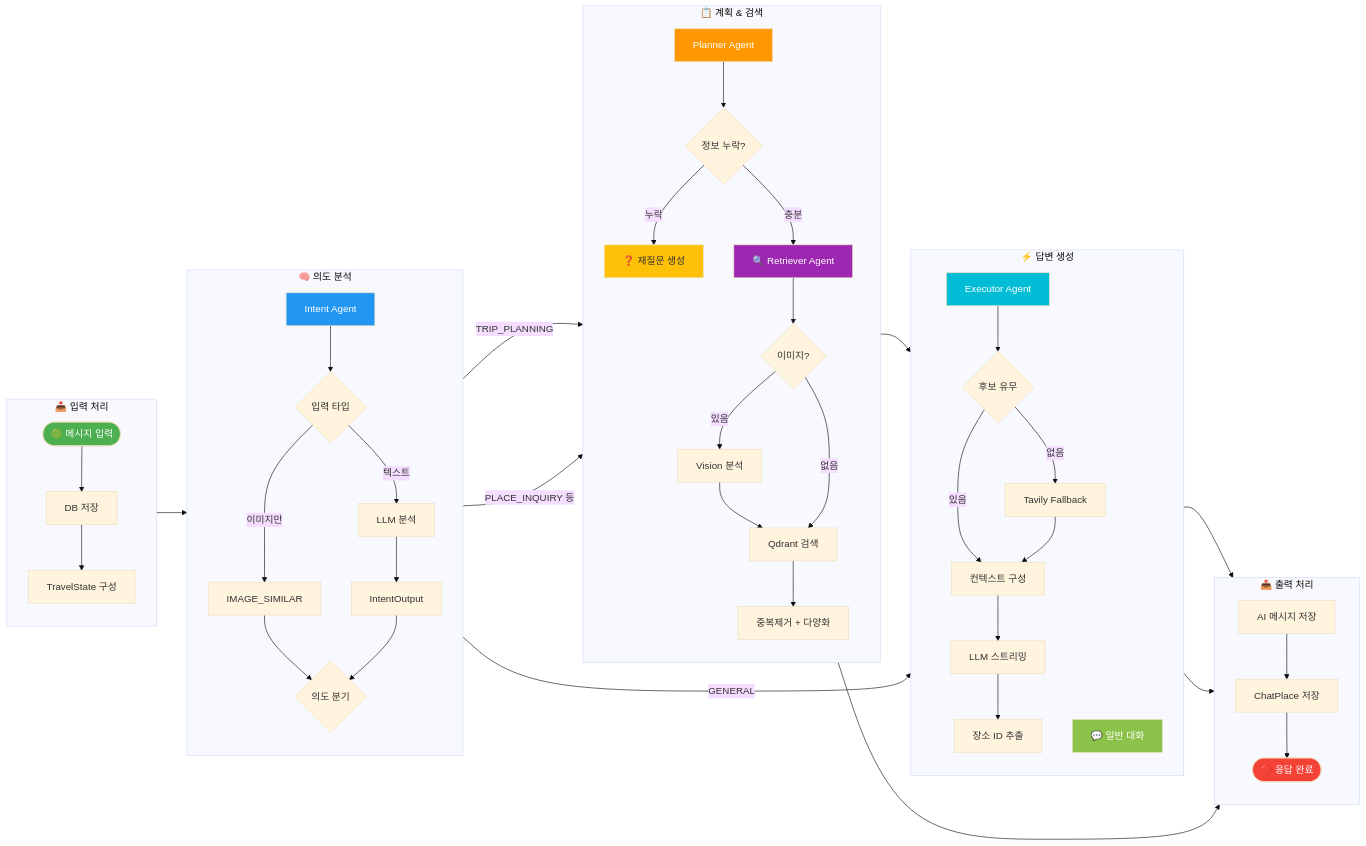
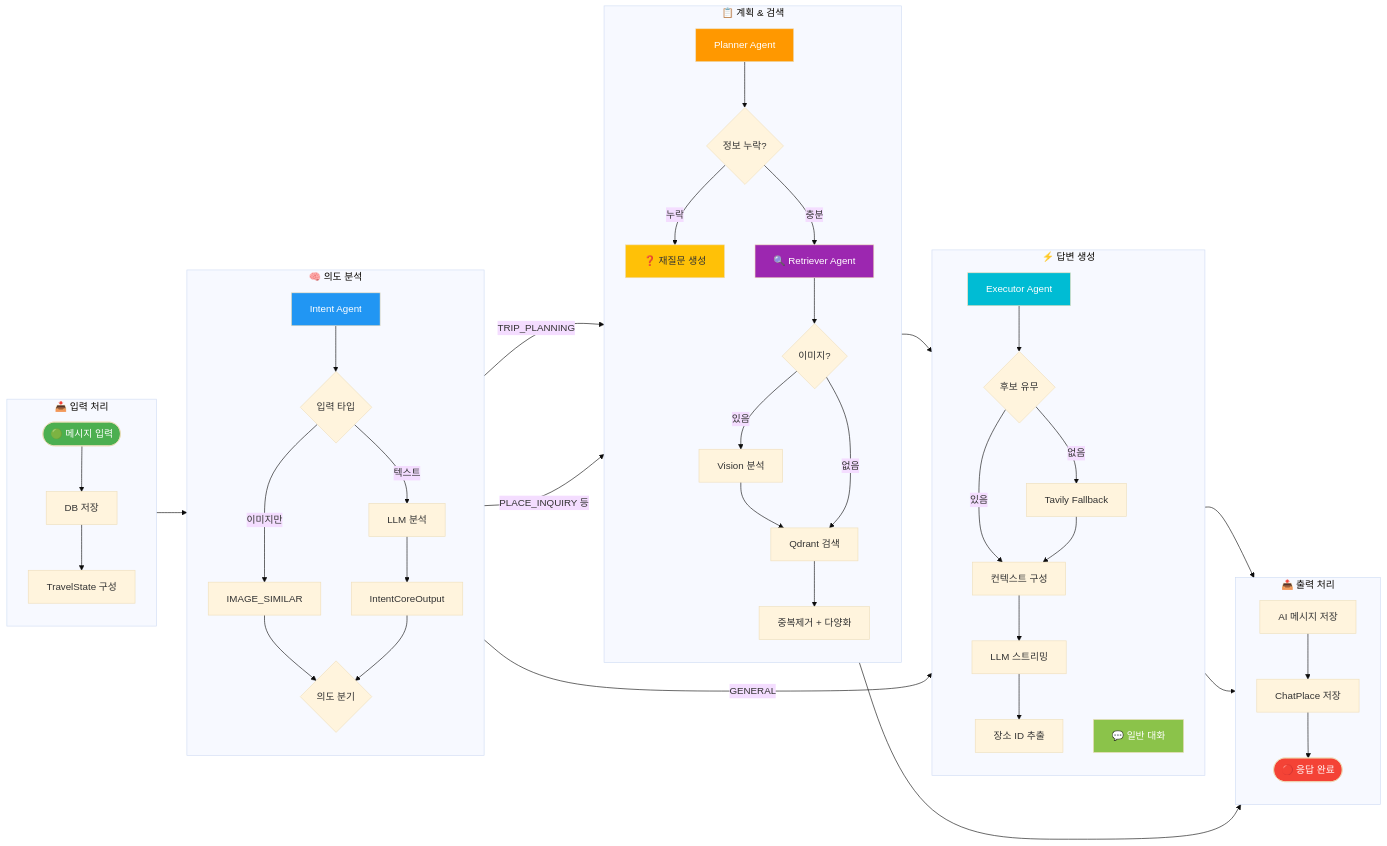
Before and after one commit to SKNETWORKS-FAMILY-AICAMP/SKN21-FINAL-2Team: the tenth of 10 diagrams in docs/agent_sequence_diagrams.md, drawn with Mermaid (base theme). The commit also changed other lines of this file and 13 other files, not shown here.

````diff
--- a/docs/agent_sequence_diagrams.md
+++ b/docs/agent_sequence_diagrams.md
@@ -473,77 +473,77 @@
 ```mermaid
 flowchart LR
     %% ── 1. 입력 ──
     subgraph INPUT["📥 입력 처리"]
         direction TB
         Start(["🟢 메시지 입력"]) --> SaveMsg["DB 저장"]
         SaveMsg --> BuildState["TravelState 구성"]
     end
 
     %% ── 2. 의도 분석 ──
     subgraph INTENT["🧠 의도 분석"]
         direction TB
         IntentAgent["Intent Agent"]
         IntentAgent --> CheckInput{"입력 타입"}
         CheckInput -->|"이미지만"| ImgIntent["IMAGE_SIMILAR"]
         CheckInput -->|"텍스트"| LLMIntent["LLM 분석"]
-        LLMIntent --> IntentOut["IntentOutput"]
+        LLMIntent --> IntentOut["IntentCoreOutput"]
         ImgIntent --> Route{"의도 분기"}
         IntentOut --> Route
     end
 
     %% ── 3. 계획 / 검색 ──
     subgraph PROCESS["📋 계획 & 검색"]
         direction TB
         Planner["Planner Agent"] --> CheckMiss{"정보 누락?"}
         CheckMiss -->|"누락"| ExecMissing["❓ 재질문 생성"]
         CheckMiss -->|"충분"| Retriever
 
         Retriever["🔍 Retriever Agent"]
         Retriever --> CheckImg{"이미지?"}
         CheckImg -->|"있음"| Vision["Vision 분석"]
         Vision --> Search["Qdrant 검색"]
         CheckImg -->|"없음"| Search
         Search --> Dedup["중복제거 + 다양화"]
     end
 
     %% ── 4. 실행 ──
     subgraph EXEC["⚡ 답변 생성"]
         direction TB
         Executor["Executor Agent"]
         Executor --> CheckCand{"후보 유무"}
         CheckCand -->|"없음"| Tavily["Tavily Fallback"]
         CheckCand -->|"있음"| Context["컨텍스트 구성"]
         Tavily --> Context
         Context --> LLMExec["LLM 스트리밍"]
         LLMExec --> ExtractID["장소 ID 추출"]
 
         ExecGeneral["💬 일반 대화"]
     end
 
     %% ── 5. 출력 ──
     subgraph OUTPUT["📤 출력 처리"]
         direction TB
         SaveAI["AI 메시지 저장"] --> SavePlace["ChatPlace 저장"]
         SavePlace --> Done(["🔴 응답 완료"])
     end
 
     %% ── 연결 ──
     INPUT --> INTENT
     Route -->|"GENERAL"| ExecGeneral
     Route -->|"TRIP_PLANNING"| Planner
     Route -->|"PLACE_INQUIRY 등"| Retriever
     ExecMissing --> SaveAI
     Dedup --> Executor
     ExtractID --> SaveAI
     ExecGeneral --> SaveAI
 
     %% 스타일
     style Start fill:#4CAF50,color:#fff
     style Done fill:#f44336,color:#fff
     style IntentAgent fill:#2196F3,color:#fff
     style Planner fill:#FF9800,color:#fff
     style Retriever fill:#9C27B0,color:#fff
     style Executor fill:#00BCD4,color:#fff
     style ExecMissing fill:#FFC107,color:#333
     style ExecGeneral fill:#8BC34A,color:#fff
 ```
````
